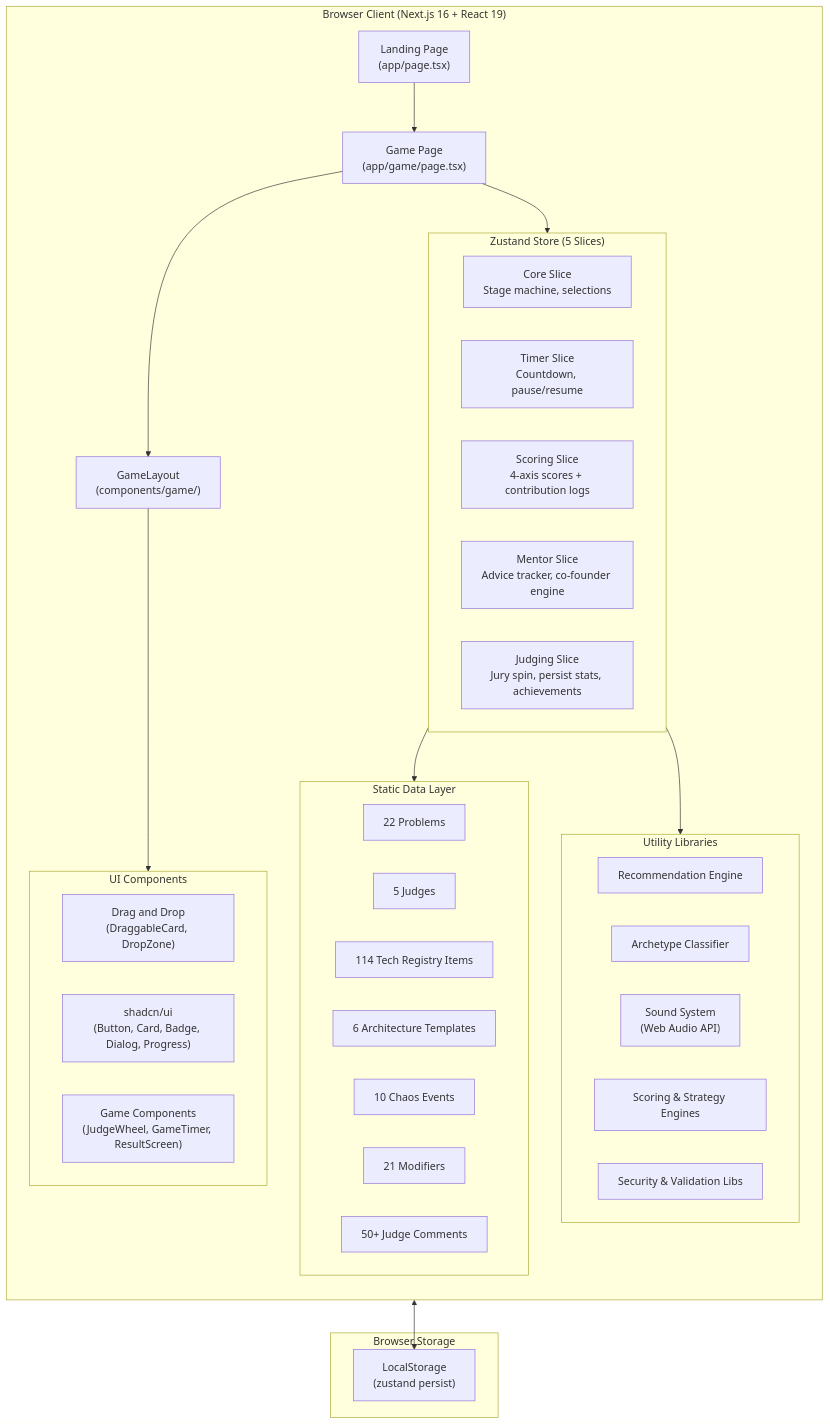
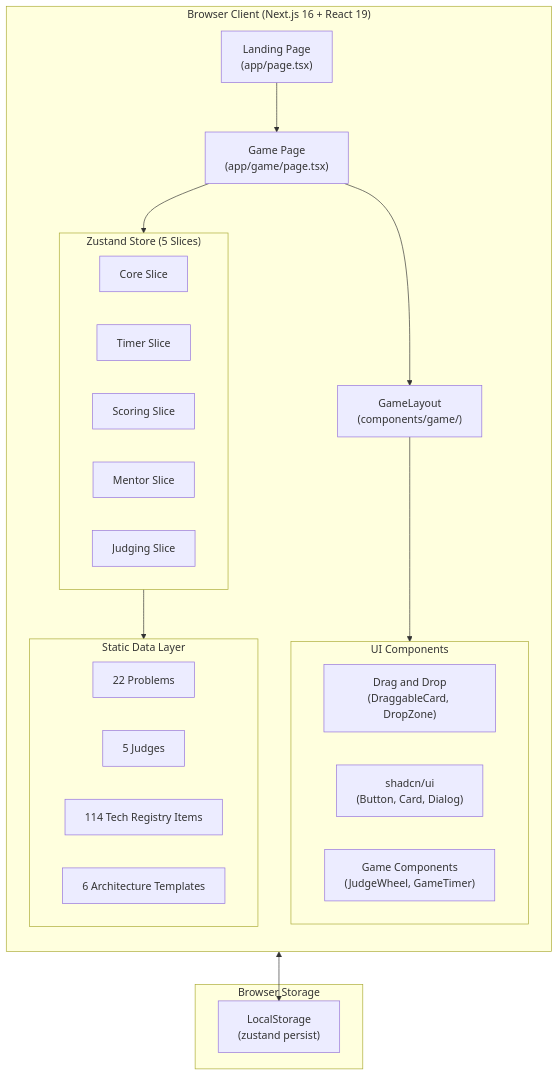
The first of 3 diagrams in README.md (arkjeetsingh/The-Hackathon-Simulator), drawn with Mermaid before and after one commit. The commit also changed other lines of this file, not shown here.

````diff
--- a/README.md
+++ b/README.md
@@ -92,53 +88,41 @@
 ```mermaid
 graph TB
     subgraph Client["Browser Client (Next.js 16 + React 19)"]
         direction TB
         LP["Landing Page<br/>(app/page.tsx)"]
         GP["Game Page<br/>(app/game/page.tsx)"]
         GL["GameLayout<br/>(components/game/)"]
 
         subgraph Components["UI Components"]
             DD["Drag and Drop<br/>(DraggableCard, DropZone)"]
-            UI["shadcn/ui<br/>(Button, Card, Badge, Dialog, Progress)"]
-            GC["Game Components<br/>(JudgeWheel, GameTimer, ResultScreen)"]
+            UI["shadcn/ui<br/>(Button, Card, Dialog)"]
+            GC["Game Components<br/>(JudgeWheel, GameTimer)"]
         end
 
         subgraph Store["Zustand Store (5 Slices)"]
-            CS["Core Slice<br/>Stage machine, selections"]
-            TS["Timer Slice<br/>Countdown, pause/resume"]
-            SS["Scoring Slice<br/>4-axis scores + contribution logs"]
-            MS["Mentor Slice<br/>Advice tracker, co-founder engine"]
-            JS["Judging Slice<br/>Jury spin, persist stats, achievements"]
+            CS["Core Slice"]
+            TS["Timer Slice"]
+            SS["Scoring Slice"]
+            MS["Mentor Slice"]
+            JS["Judging Slice"]
         end
 
         subgraph Data["Static Data Layer"]
             PR["22 Problems"]
             JD["5 Judges"]
             TR["114 Tech Registry Items"]
             AT["6 Architecture Templates"]
-            CE["10 Chaos Events"]
-            MO["21 Modifiers"]
-            JC["50+ Judge Comments"]
-        end
-
-        subgraph Lib["Utility Libraries"]
-            REC["Recommendation Engine"]
-            ARC["Archetype Classifier"]
-            SND["Sound System<br/>(Web Audio API)"]
-            SCR["Scoring & Strategy Engines"]
-            SEC["Security & Validation Libs"]
         end
     end
 
     subgraph Persistence["Browser Storage"]
         LS["LocalStorage<br/>(zustand persist)"]
     end
 
     LP --> GP
     GP --> GL
     GL --> Components
     GP --> Store
     Store --> Data
-    Store --> Lib
     Store <--> LS
 ```
````
